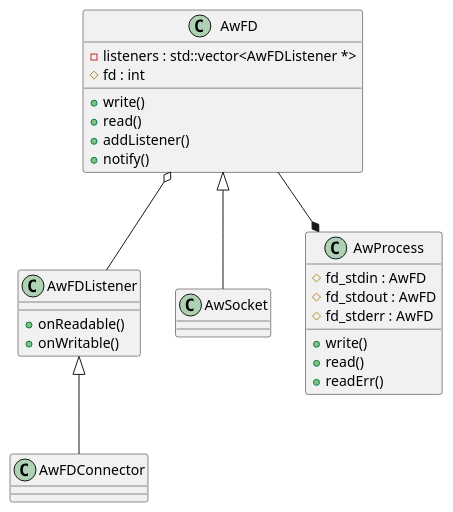
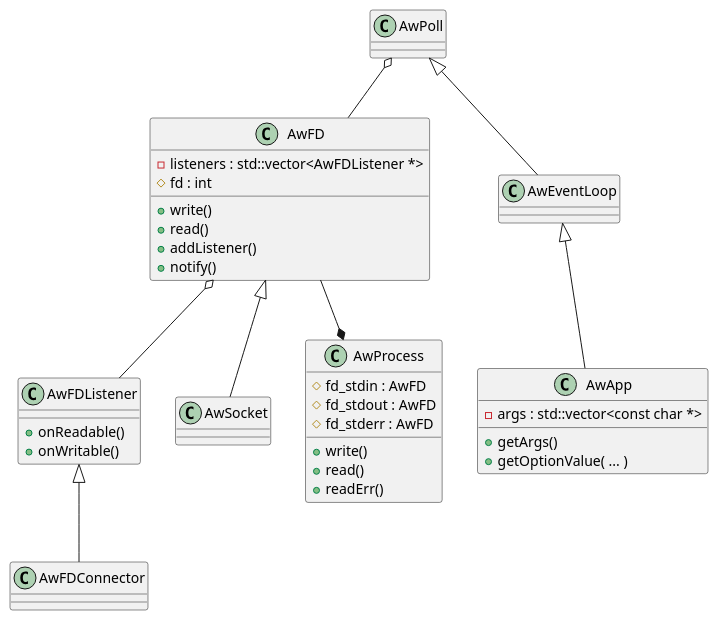
Before and after one commit to andrew-rogers/AndrewWIDE: the diagram in doc/class_diagram.puml, drawn with PlantUML. The commit also changed 7 other files, not shown here.

```diff
--- a/doc/class_diagram.puml
+++ b/doc/class_diagram.puml
@@ -1,29 +1,41 @@
 @startuml
 AwFDListener <|-- AwFDConnector
 AwFD <|-- AwSocket
 AwFD --* AwProcess
 AwFD o-- AwFDListener
+AwPoll <|-- AwEventLoop
+AwEventLoop <|-- AwApp
+AwPoll o-- AwFD
+
+class AwApp {
+ -args : std::vector<const char *>
+ +getArgs()
+ +getOptionValue( ... )
+}
+
+class AwEventLoop {
+}
 
 class AwFDListener {
  +onReadable()
  +onWritable()
 }
 
 class AwFD {
  -listeners : std::vector<AwFDListener *>
  #fd : int
  +write()
  +read()
  +addListener()
  +notify()
 }
 
 class AwProcess {
  #fd_stdin : AwFD
  #fd_stdout : AwFD
  #fd_stderr : AwFD
  +write()
  +read()
  +readErr()
 }
 @enduml
```
